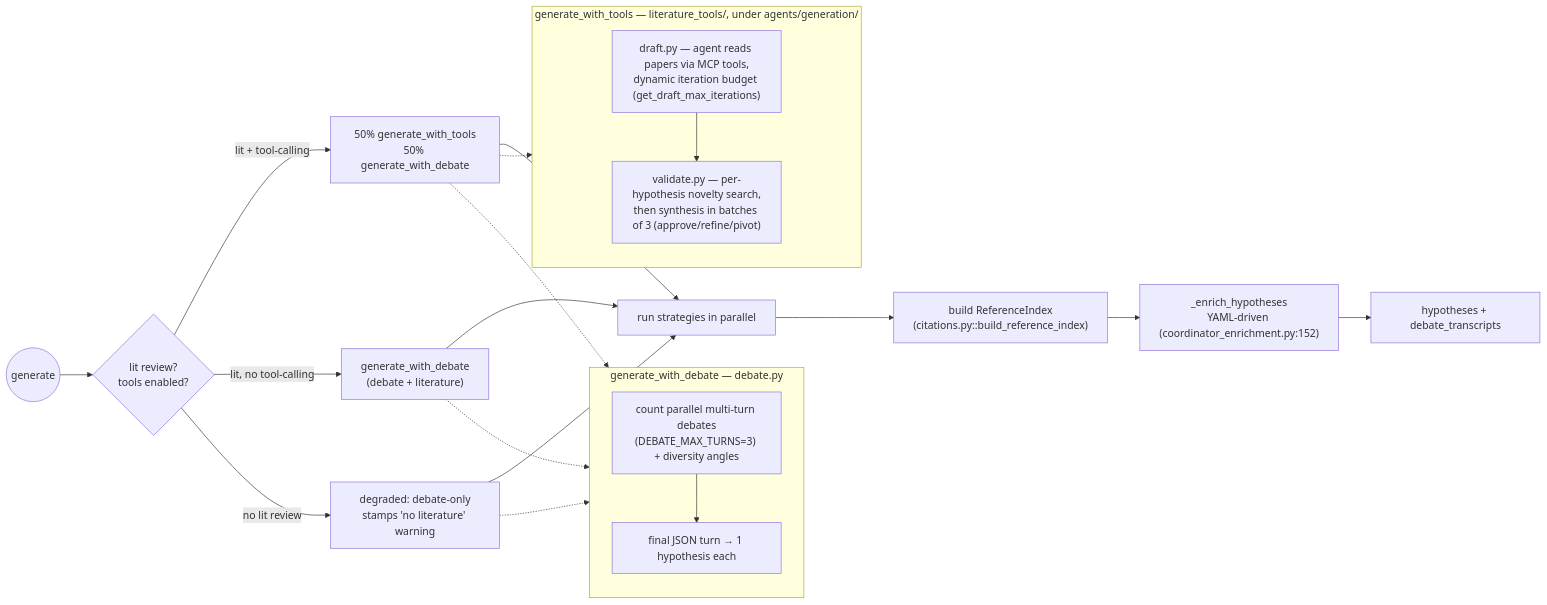
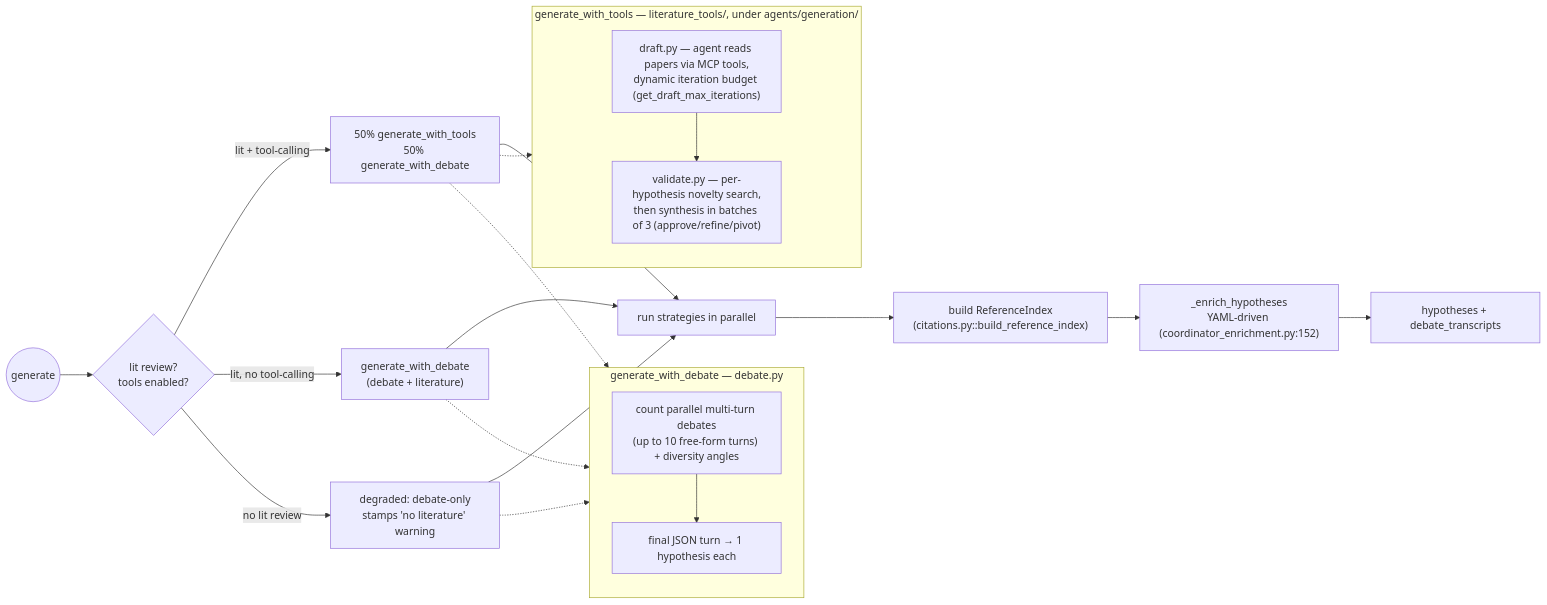
Before and after one commit to guy915/Co-Scientist: the second of 4 diagrams in docs/EXPLAINER.md, drawn with Mermaid. The commit also changed other lines of this file and 1 other file, not shown here.

````diff
--- a/docs/EXPLAINER.md
+++ b/docs/EXPLAINER.md
@@ -156,31 +158,31 @@
 ```mermaid
 flowchart LR
   START((generate))
   START --> COND{"lit review?<br/>tools enabled?"}
   COND -->|"lit + tool-calling"| MIX["50% generate_with_tools<br/>50% generate_with_debate"]
   COND -->|"lit, no tool-calling"| DEB["generate_with_debate<br/>(debate + literature)"]
   COND -->|"no lit review"| DEG["degraded: debate-only<br/>stamps 'no literature' warning"]
 
   MIX --> PAR["run strategies in parallel"]
   DEB --> PAR
   DEG --> PAR
   PAR --> RI["build ReferenceIndex<br/>(citations.py::build_reference_index)"]
   RI --> ENR["_enrich_hypotheses<br/>YAML-driven (coordinator_enrichment.py:152)"]
   ENR --> OUT["hypotheses + debate_transcripts"]
 
   subgraph Tools [generate_with_tools — literature_tools/, under agents/generation/]
     D["draft.py — agent reads papers via MCP tools,<br/>dynamic iteration budget (get_draft_max_iterations)"]
     V["validate.py — per-hypothesis novelty search,<br/>then synthesis in batches of 3 (approve/refine/pivot)"]
     D --> V
   end
   MIX -.-> Tools
 
   subgraph Debate [generate_with_debate — debate.py]
-    T["count parallel multi-turn debates<br/>(DEBATE_MAX_TURNS=3) + diversity angles"]
+    T["count parallel multi-turn debates<br/>(up to 10 free-form turns) + diversity angles"]
     F["final JSON turn → 1 hypothesis each"]
     T --> F
   end
   MIX -.-> Debate
   DEB -.-> Debate
   DEG -.-> Debate
 ```
````
